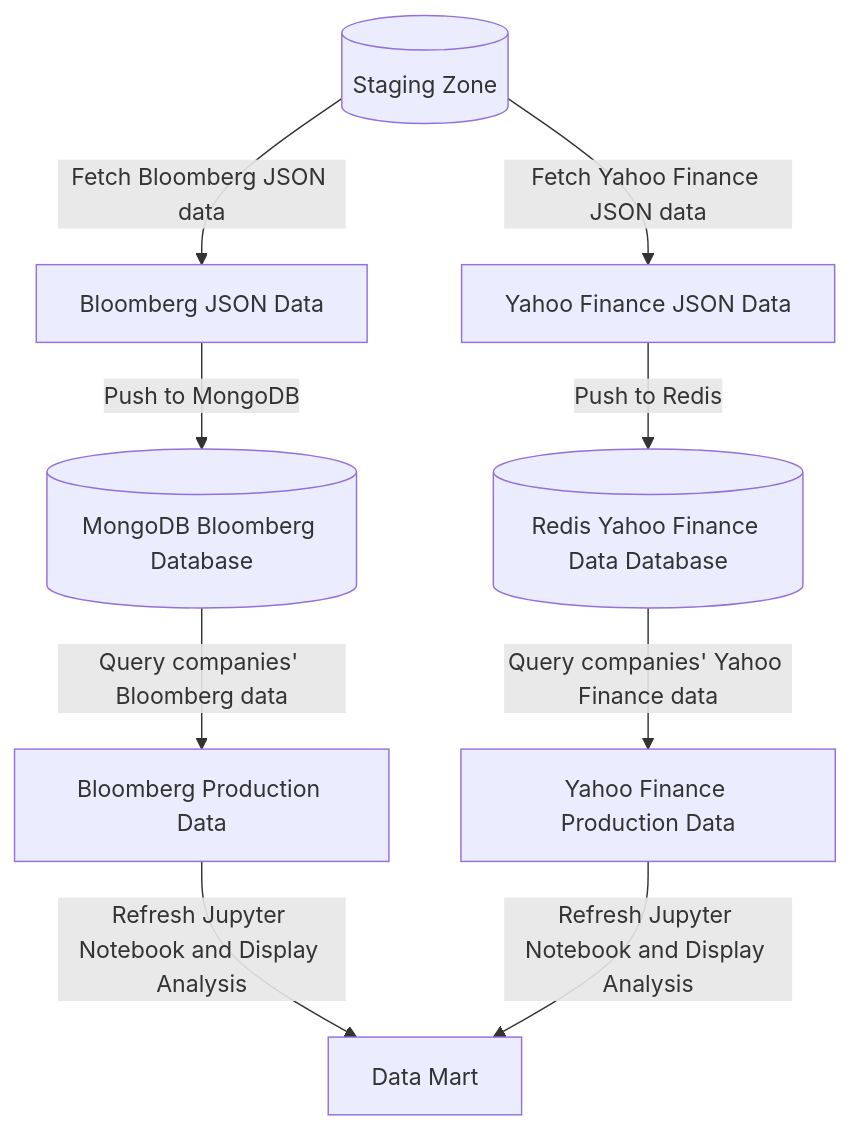
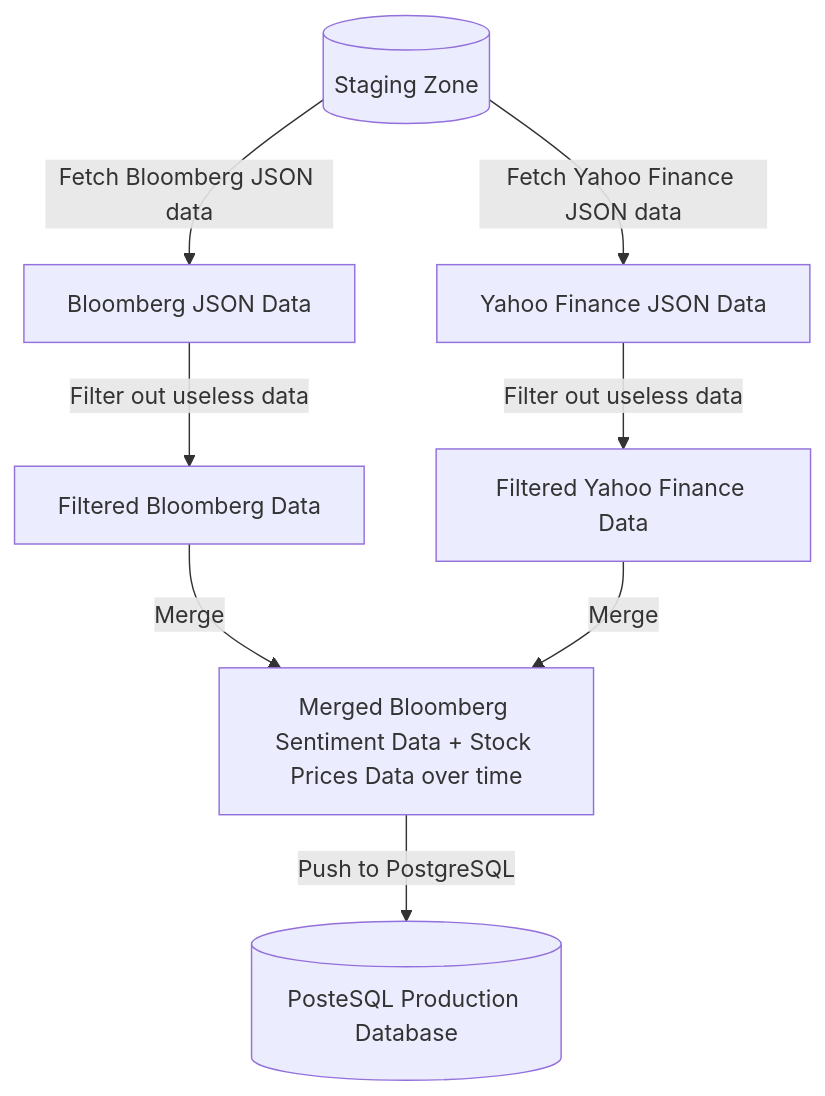
The third of 3 diagrams in README.md (monthenry/StockMood), drawn with Mermaid before and after one commit. The commit also changed other lines of this file and 11 other files, not shown here.

````diff
--- a/README.md
+++ b/README.md
@@ -106,12 +106,12 @@
 ```mermaid
 flowchart TD
     staging[(Staging Zone)] --> |Fetch Bloomberg JSON data| fetch_bloomberg[Bloomberg JSON Data]
-    fetch_bloomberg --> |Push to MongoDB| push_mongo[(MongoDB Bloomberg Database)]
-    push_mongo --> |Query companies' Bloomberg data| query_bloomberg[Bloomberg Production Data]
-    query_bloomberg --> |Refresh Jupyter Notebook and Display Analysis| display_analysis[Data Mart]
+    fetch_bloomberg --> |Filter out useless data| filter_bloomberg[Filtered Bloomberg Data]
+    filter_bloomberg --> |Merge| merged_data[Merged Bloomberg Sentiment Data + Stock Prices Data over time]
 
     staging --> |Fetch Yahoo Finance JSON data| fetch_yahoo[Yahoo Finance JSON Data]
-    fetch_yahoo --> |Push to Redis| push_redis[(Redis Yahoo Finance Data Database)]
-    push_redis --> |Query companies' Yahoo Finance data| query_yahoo[Yahoo Finance Production Data]
-    query_yahoo --> |Refresh Jupyter Notebook and Display Analysis| display_analysis
+    fetch_yahoo --> |Filter out useless data| filter_yahoo[Filtered Yahoo Finance Data]
+    filter_yahoo --> |Merge| merged_data
+
+    merged_data --> |Push to PostgreSQL| postgres[(PosteSQL Production Database)]
 ```
````
